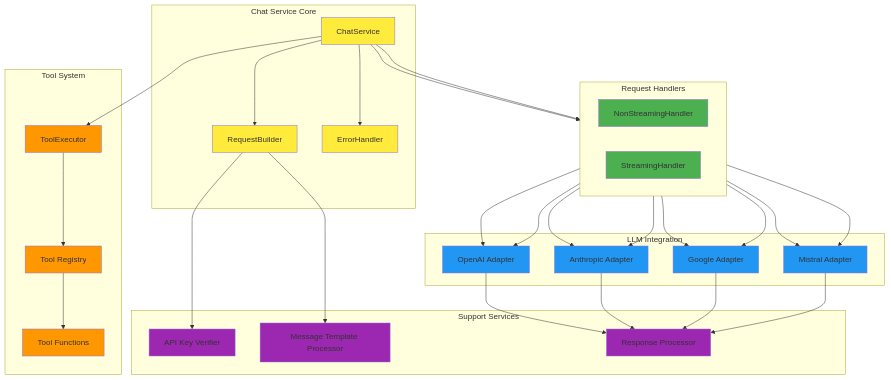
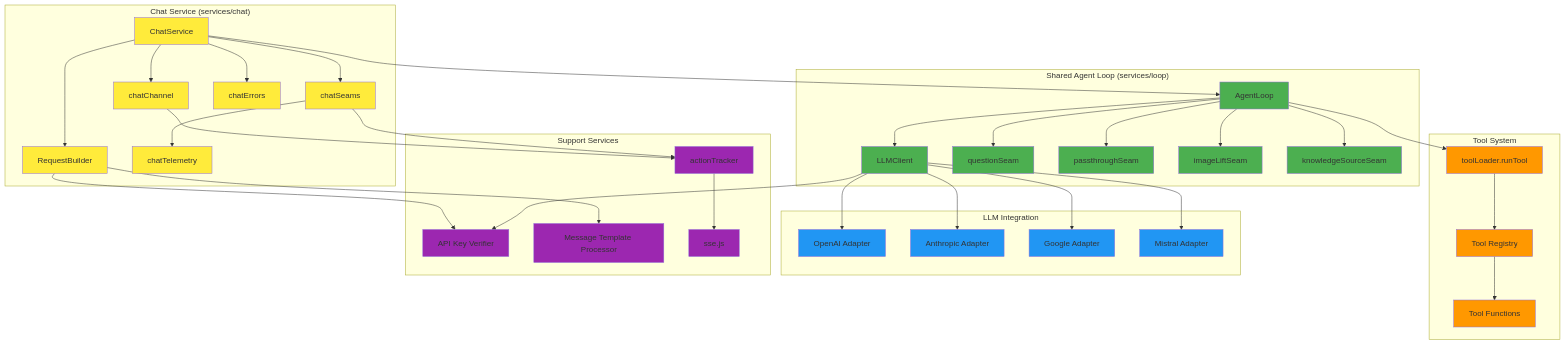
One commit to intrafind/ihub-apps changed the fourth of 22 diagrams in docs/diagrams.md. Above: the diagram before and after it, drawn with Mermaid. The commit also changed other lines of this file and 50 other files, not shown here.

````diff
--- a/docs/diagrams.md
+++ b/docs/diagrams.md
@@ -243,72 +243,81 @@
 ```mermaid
 graph TB
-    subgraph "Chat Service Core"
+    subgraph "Chat Service (services/chat)"
         CS[ChatService]
         RB[RequestBuilder]
-        EH[ErrorHandler]
+        CC[chatChannel]
+        CSM[chatSeams]
+        CE[chatErrors]
+        CT[chatTelemetry]
     end
-    
-    subgraph "Request Handlers"
-        NSH[NonStreamingHandler]
-        SH[StreamingHandler]
-        direction LR
+
+    subgraph "Shared Agent Loop (services/loop)"
+        AL[AgentLoop]
+        LC[LLMClient]
+        QS[questionSeam]
+        PS[passthroughSeam]
+        IL[imageLiftSeam]
+        KS[knowledgeSourceSeam]
     end
-    
+
     subgraph "Tool System"
-        TE[ToolExecutor]
+        TL[toolLoader.runTool]
         TR[Tool Registry]
         TF[Tool Functions]
     end
-    
+
     subgraph "LLM Integration"
         OpenAI[OpenAI Adapter]
         Anthropic[Anthropic Adapter]
         Google[Google Adapter]
         Mistral[Mistral Adapter]
     end
-    
+
     subgraph "Support Services"
         AKV[API Key Verifier]
         PMT[Message Template Processor]
-        Response[Response Processor]
+        AT[actionTracker]
+        SSE[sse.js]
     end
-    
+
     CS --> RB
-    CS --> NSH
-    CS --> SH
-    CS --> TE
-    CS --> EH
-    
+    CS --> AL
+    CS --> CC
+    CS --> CSM
+    CS --> CE
+    CSM --> CT
+
     RB --> AKV
     RB --> PMT
-    
-    NSH --> OpenAI
-    NSH --> Anthropic
-    NSH --> Google
-    NSH --> Mistral
-    
-    SH --> OpenAI
-    SH --> Anthropic
-    SH --> Google
-    SH --> Mistral
-    
-    TE --> TR
+    LC --> AKV
+
+    AL --> LC
+    AL --> QS
+    AL --> PS
+    AL --> IL
+    AL --> KS
+    AL --> TL
+    TL --> TR
     TR --> TF
-    
-    OpenAI --> Response
-    Anthropic --> Response
-    Google --> Response
-    Mistral --> Response
-    
+
+    LC --> OpenAI
+    LC --> Anthropic
+    LC --> Google
+    LC --> Mistral
+
+    CC --> AT
+    CSM --> AT
+    AT --> SSE
+
     classDef core fill:#ffeb3b
-    classDef handlers fill:#4caf50
+    classDef loop fill:#4caf50
     classDef tools fill:#ff9800
     classDef adapters fill:#2196f3
     classDef support fill:#9c27b0
-    
-    class CS,RB,EH core
-    class NSH,SH handlers
-    class TE,TR,TF tools
+
+    class CS,RB,CC,CSM,CE,CT core
+    class AL,LC,QS,PS,IL,KS loop
+    class TL,TR,TF tools
     class OpenAI,Anthropic,Google,Mistral adapters
-    class AKV,PMT,Response support
+    class AKV,PMT,AT,SSE support
 ```
````
